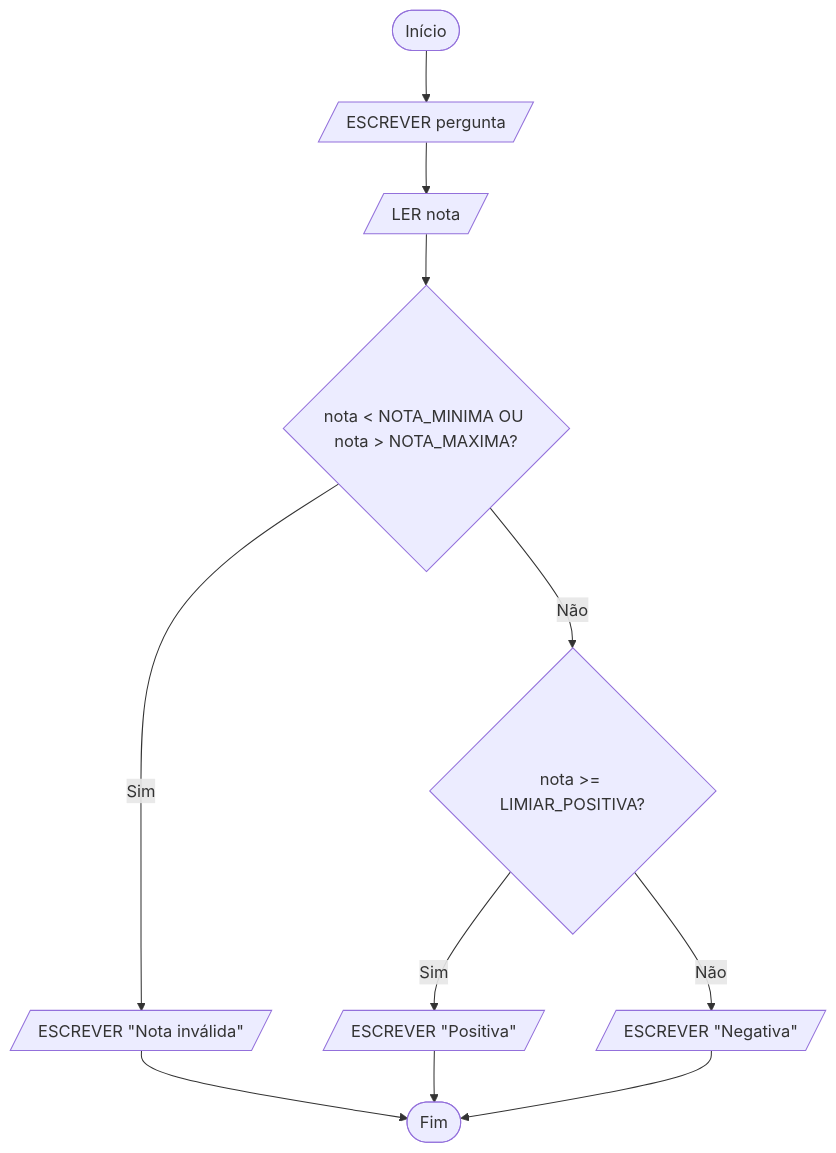
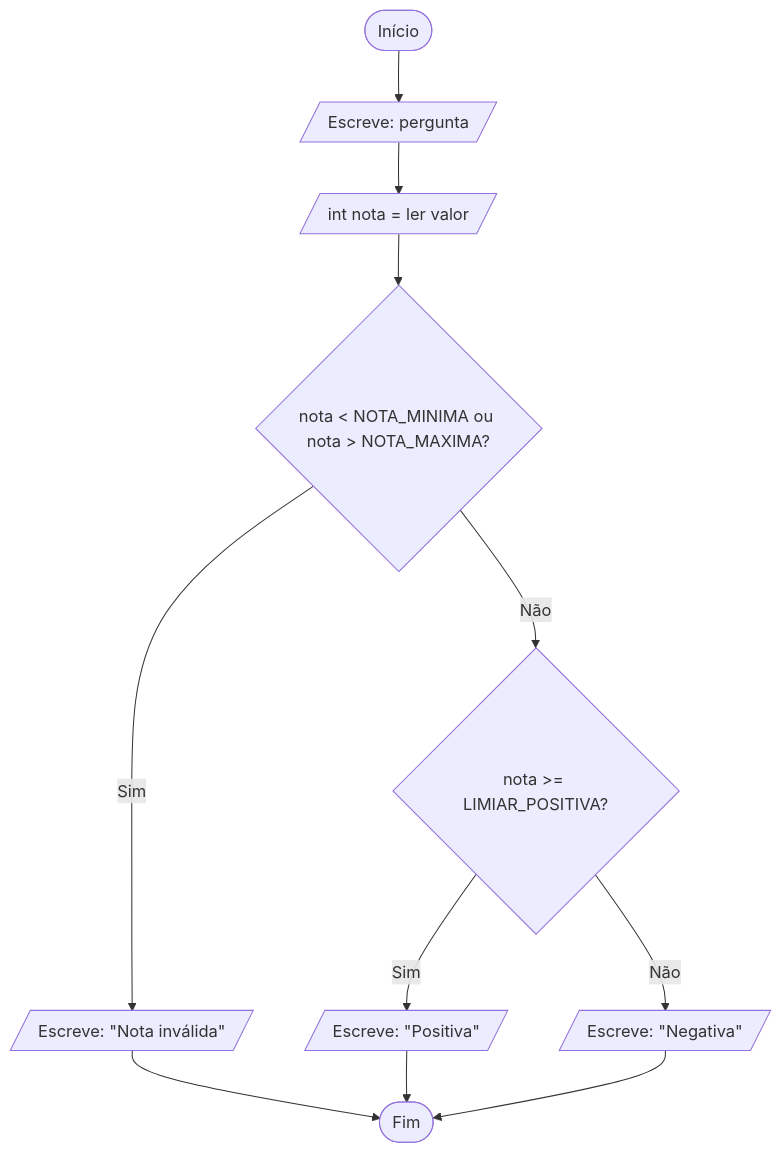
One commit to NunoMACastro/epms-2627-1ig-lp changed the fourth of 4 diagrams in 01-algoritmos/03-decisoes-e-validacao.md. Above: the diagram before and after it, drawn with Mermaid. The commit also changed other lines of this file and 10 other files, not shown here.

````diff
--- a/01-algoritmos/03-decisoes-e-validacao.md
+++ b/01-algoritmos/03-decisoes-e-validacao.md
@@ -657,13 +723,13 @@
 ```mermaid
 flowchart TD
-    A([Início]) --> B[/ESCREVER pergunta/]
-    B --> C[/LER nota/]
-    C --> D{"nota < NOTA_MINIMA OU nota > NOTA_MAXIMA?"}
-    D -->|Sim| E[/"ESCREVER #quot;Nota inválida#quot;"/]
+    A([Início]) --> B[/"Escreve: pergunta"/]
+    B --> C[/"int nota = ler valor"/]
+    C --> D{"nota < NOTA_MINIMA ou nota > NOTA_MAXIMA?"}
+    D -->|Sim| E[/"Escreve: #quot;Nota inválida#quot;"/]
     D -->|Não| F{"nota >= LIMIAR_POSITIVA?"}
-    F -->|Sim| G[/"ESCREVER #quot;Positiva#quot;"/]
-    F -->|Não| H[/"ESCREVER #quot;Negativa#quot;"/]
+    F -->|Sim| G[/"Escreve: #quot;Positiva#quot;"/]
+    F -->|Não| H[/"Escreve: #quot;Negativa#quot;"/]
     E --> Z([Fim])
     G --> Z
     H --> Z
 ```
````
